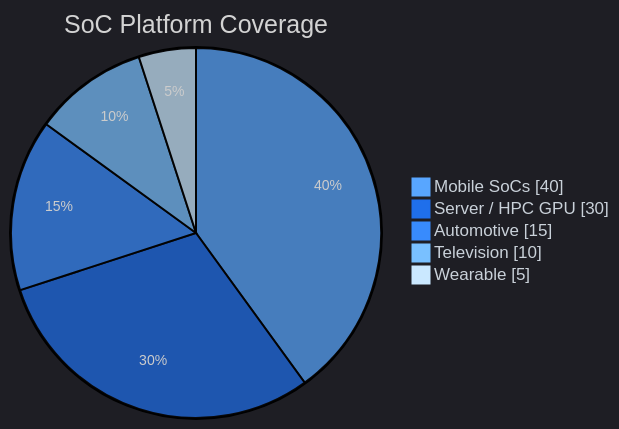
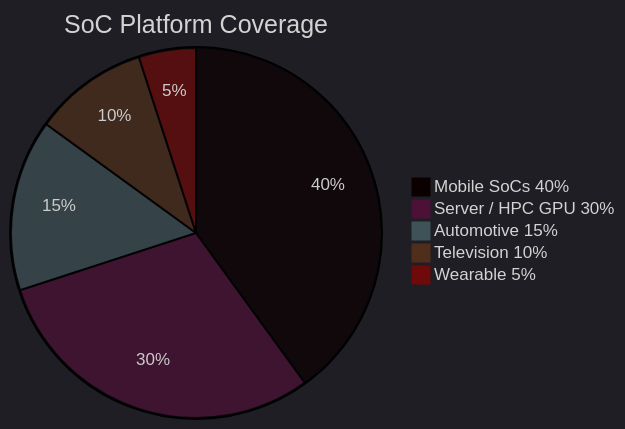
Before and after one commit to themanmakerX/themanmakerX: the third of 4 diagrams in README.md, drawn with Mermaid. The commit also changed other lines of this file, not shown here.

First line of the commit message:
Refine titles and data in README mermaid charts

````diff
--- a/README.md
+++ b/README.md
@@ -138,9 +138,9 @@
 ```mermaid
-%%{init: {'theme': 'dark', 'themeVariables': {'pie1': '#58a6ff', 'pie2': '#1f6feb', 'pie3': '#388bfd', 'pie4': '#79c0ff', 'pie5': '#cae8ff', 'pieTextColor': '#0d1117', 'pieLegendTextColor': '#c9d1d9', 'pieSectionTextSize': '14px', 'pieOuterStrokeWidth': '2px'}}}%%
-pie showData title SoC Platform Coverage
-  "Mobile SoCs" : 40
-  "Server / HPC GPU" : 30
-  "Automotive" : 15
-  "Television" : 10
-  "Wearable" : 5
+%%{init: {'theme': 'dark'}}%%
+pie title SoC Platform Coverage
+  "Mobile SoCs 40%" : 40
+  "Server / HPC GPU 30%" : 30
+  "Automotive 15%" : 15
+  "Television 10%" : 10
+  "Wearable 5%" : 5
 ```
````
